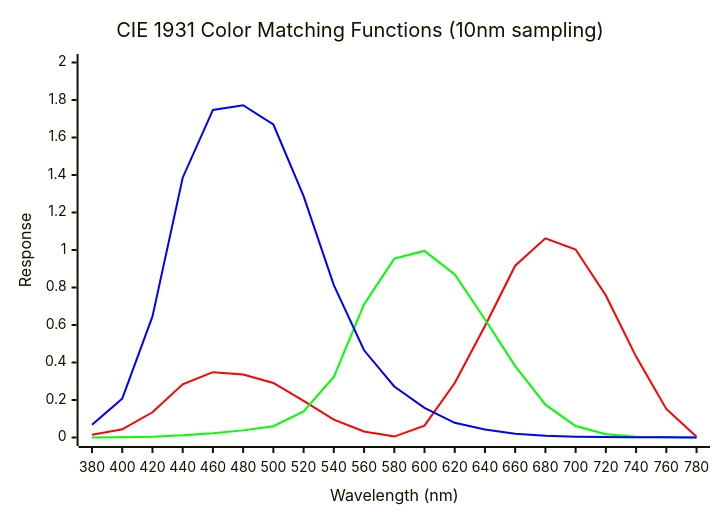
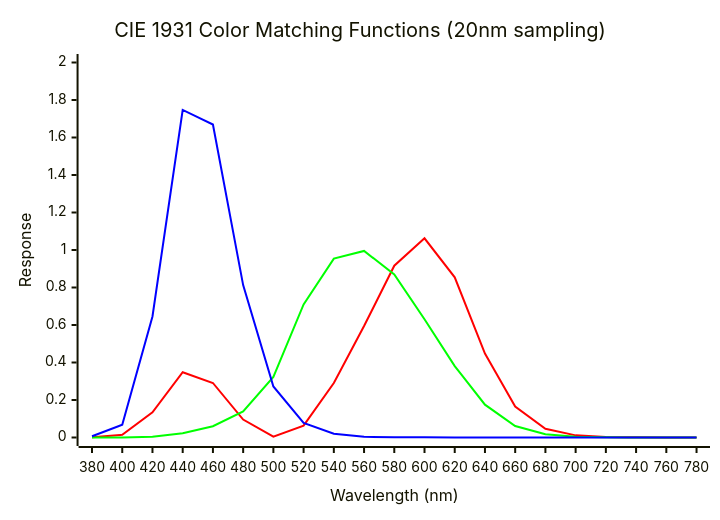
One commit to itohio/itohio.github.io changed the first of 3 diagrams in blog/content/snippets/colors/_index.md. Above: the diagram before and after it, drawn with Mermaid. The commit also changed other lines of this file and 6 other files, not shown here.

Commit message:
fix(colors,ffmpeg,imagemagick): CMF/D65 charts, CRI method and white points, HSL lightness, command option order

````diff
--- a/blog/content/snippets/colors/_index.md
+++ b/blog/content/snippets/colors/_index.md
@@ -40,15 +40,15 @@
 ```mermaid
 ---
 config:
   themeVariables:
     xyChart:
       plotColorPalette: "#ff0000, #00ff00, #0000ff"
 ---
 xychart-beta
-    title "CIE 1931 Color Matching Functions (10nm sampling)"
+    title "CIE 1931 Color Matching Functions (20nm sampling)"
     x-axis "Wavelength (nm)" [380, 400, 420, 440, 460, 480, 500, 520, 540, 560, 580, 600, 620, 640, 660, 680, 700, 720, 740, 760, 780]
     y-axis "Response" 0 --> 2.0
-    line "x̄(λ)" [0.0143, 0.0435, 0.1344, 0.2839, 0.3483, 0.3362, 0.2908, 0.1954, 0.0956, 0.0320, 0.0049, 0.0633, 0.2904, 0.5945, 0.9163, 1.0622, 1.0026, 0.7570, 0.4316, 0.1526, 0.0041]
-    line "ȳ(λ)" [0.0004, 0.0012, 0.0040, 0.0116, 0.0230, 0.0380, 0.0600, 0.1390, 0.3230, 0.7100, 0.9540, 0.9950, 0.8700, 0.6310, 0.3810, 0.1750, 0.0610, 0.0170, 0.0041, 0.0010, 0.0000]
-    line "z̄(λ)" [0.0679, 0.2074, 0.6456, 1.3856, 1.7471, 1.7721, 1.6692, 1.2876, 0.8130, 0.4652, 0.2720, 0.1582, 0.0782, 0.0422, 0.0203, 0.0087, 0.0039, 0.0021, 0.0017, 0.0008, 0.0002]
+    line "x̄(λ)" [0.0014, 0.0143, 0.1344, 0.3483, 0.2908, 0.0956, 0.0049, 0.0633, 0.2904, 0.5945, 0.9163, 1.0622, 0.8544, 0.4479, 0.1649, 0.0468, 0.0114, 0.0029, 0.0007, 0.0002, 0.0000]
+    line "ȳ(λ)" [0.0000, 0.0004, 0.0040, 0.0230, 0.0600, 0.1390, 0.3230, 0.7100, 0.9540, 0.9950, 0.8700, 0.6310, 0.3810, 0.1750, 0.0610, 0.0170, 0.0041, 0.0010, 0.0002, 0.0001, 0.0000]
+    line "z̄(λ)" [0.0065, 0.0679, 0.6456, 1.7471, 1.6692, 0.8130, 0.2720, 0.0782, 0.0203, 0.0039, 0.0017, 0.0008, 0.0002, 0.0000, 0.0000, 0.0000, 0.0000, 0.0000, 0.0000, 0.0000, 0.0000]
 ```
````
